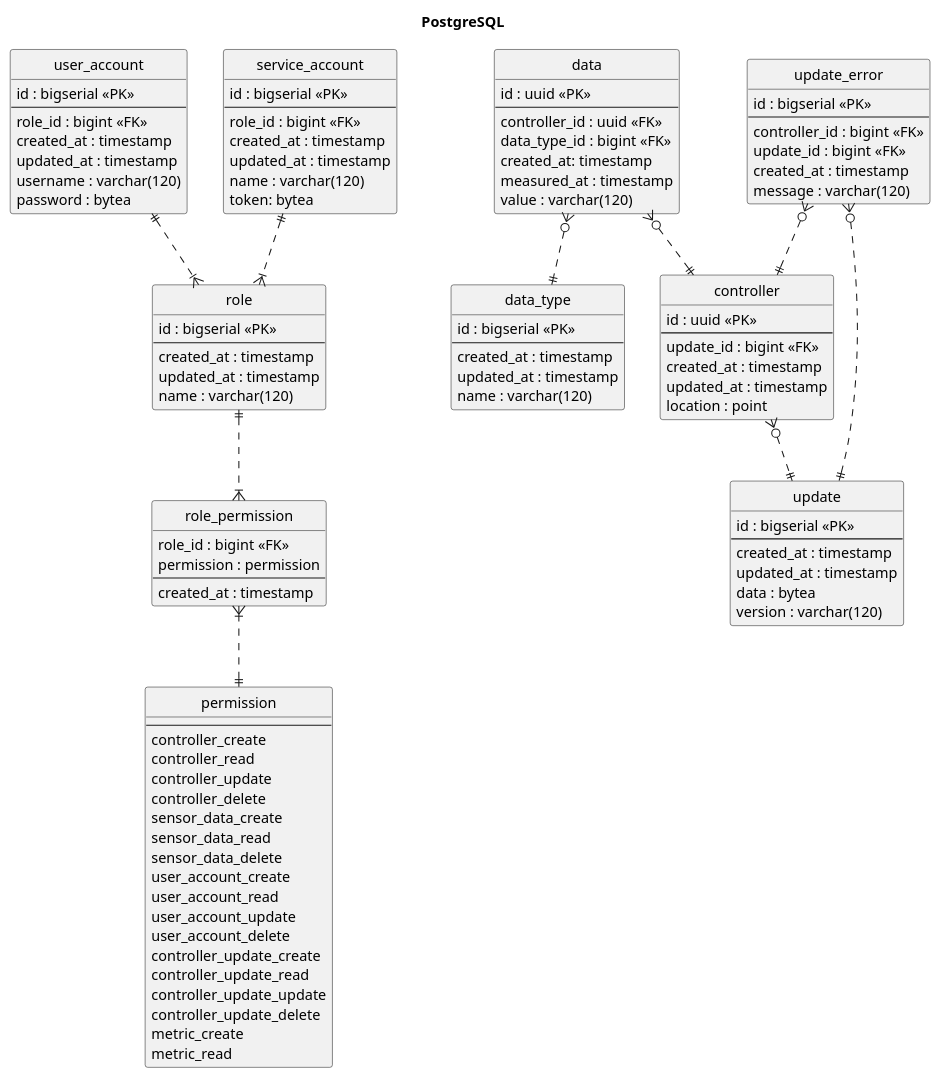
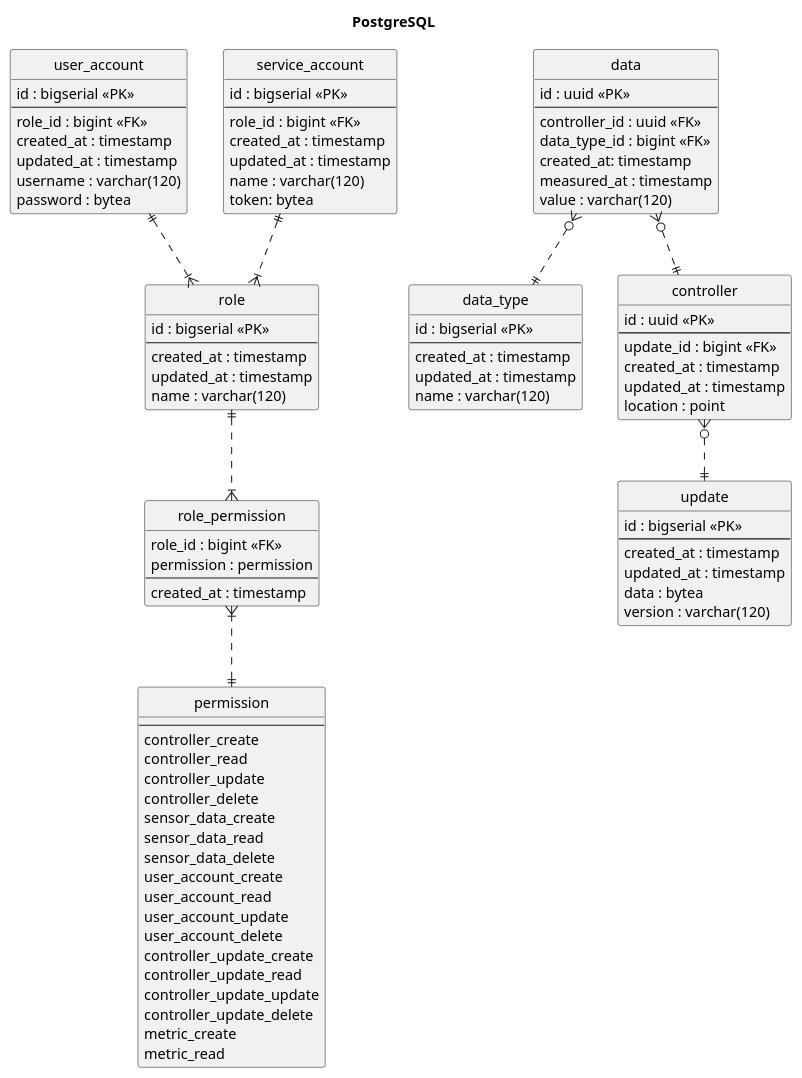
The diagram in docs/er-diagram-postgres.plantuml (mdma-backend/mdma-backend), drawn with PlantUML before and after one commit. The commit also changed 14 other files, not shown here.

```diff
--- a/docs/er-diagram-postgres.plantuml
+++ b/docs/er-diagram-postgres.plantuml
@@ -1,116 +1,105 @@
 @startuml PostgreSQL
 title PostgreSQL
 hide circle
 
 entity user_account {
     id : bigserial <<PK>>
     --
     role_id : bigint <<FK>>
     created_at : timestamp
     updated_at : timestamp
     username : varchar(120)
     password : bytea
 }
 
 entity service_account {
     id : bigserial <<PK>>
     --
     role_id : bigint <<FK>>
     created_at : timestamp
     updated_at : timestamp
     name : varchar(120)
     token: bytea
 }
 
 entity role {
     id : bigserial <<PK>>
     --
     created_at : timestamp
     updated_at : timestamp
     name : varchar(120)
 }
 
 entity role_permission {
     role_id : bigint <<FK>>
     permission : permission
     --
     created_at : timestamp
 }
 
 enum permission {
     --
     controller_create
     controller_read
     controller_update
     controller_delete
     sensor_data_create
     sensor_data_read
     sensor_data_delete
     user_account_create
     user_account_read
     user_account_update
     user_account_delete
     controller_update_create
     controller_update_read
     controller_update_update
     controller_update_delete
     metric_create
     metric_read
 }
 
 entity data {
     id : uuid <<PK>>
     --
     controller_id : uuid <<FK>>
     data_type_id : bigint <<FK>>
     created_at: timestamp
     measured_at : timestamp
     value : varchar(120)
 }
 
 entity data_type {
     id : bigserial <<PK>>
     --
     created_at : timestamp
     updated_at : timestamp
     name : varchar(120)
 }
 
 entity controller {
     id : uuid <<PK>>
     --
     update_id : bigint <<FK>>
     created_at : timestamp
     updated_at : timestamp
     location : point
 }
 
 entity update {
     id : bigserial <<PK>>
     --
     created_at : timestamp
     updated_at : timestamp
     data : bytea
     version : varchar(120)
 }
 
-entity update_error {
-    id : bigserial <<PK>>
-    --
-    controller_id : bigint <<FK>>
-    update_id : bigint <<FK>>
-    created_at : timestamp
-    message : varchar(120)
-}
-
 user_account ||..|{ role
 service_account ||..|{ role
 role ||..|{ role_permission
 role_permission }|..|| permission
 data }o..|| data_type
 data }o..|| controller
 controller }o..|| update
-update_error }o..|| controller
-update_error }o..|| update
 
 @enduml
```
